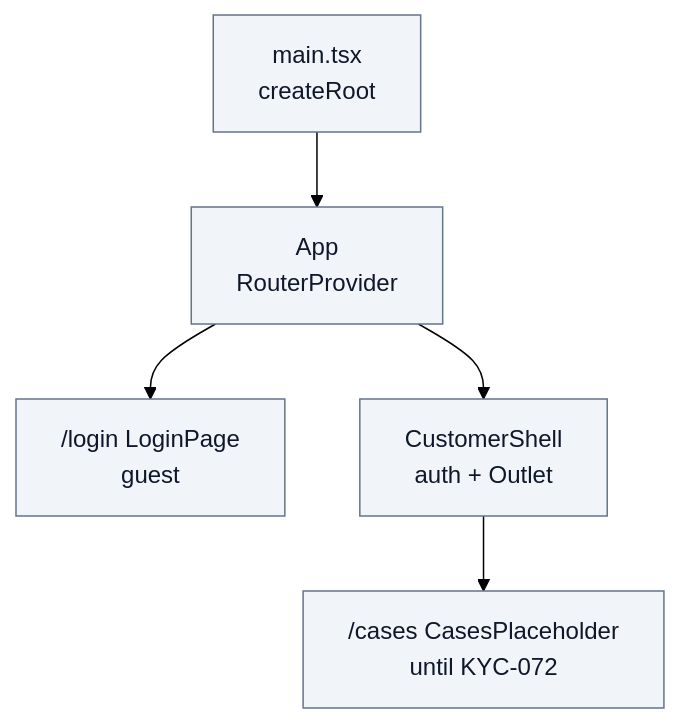
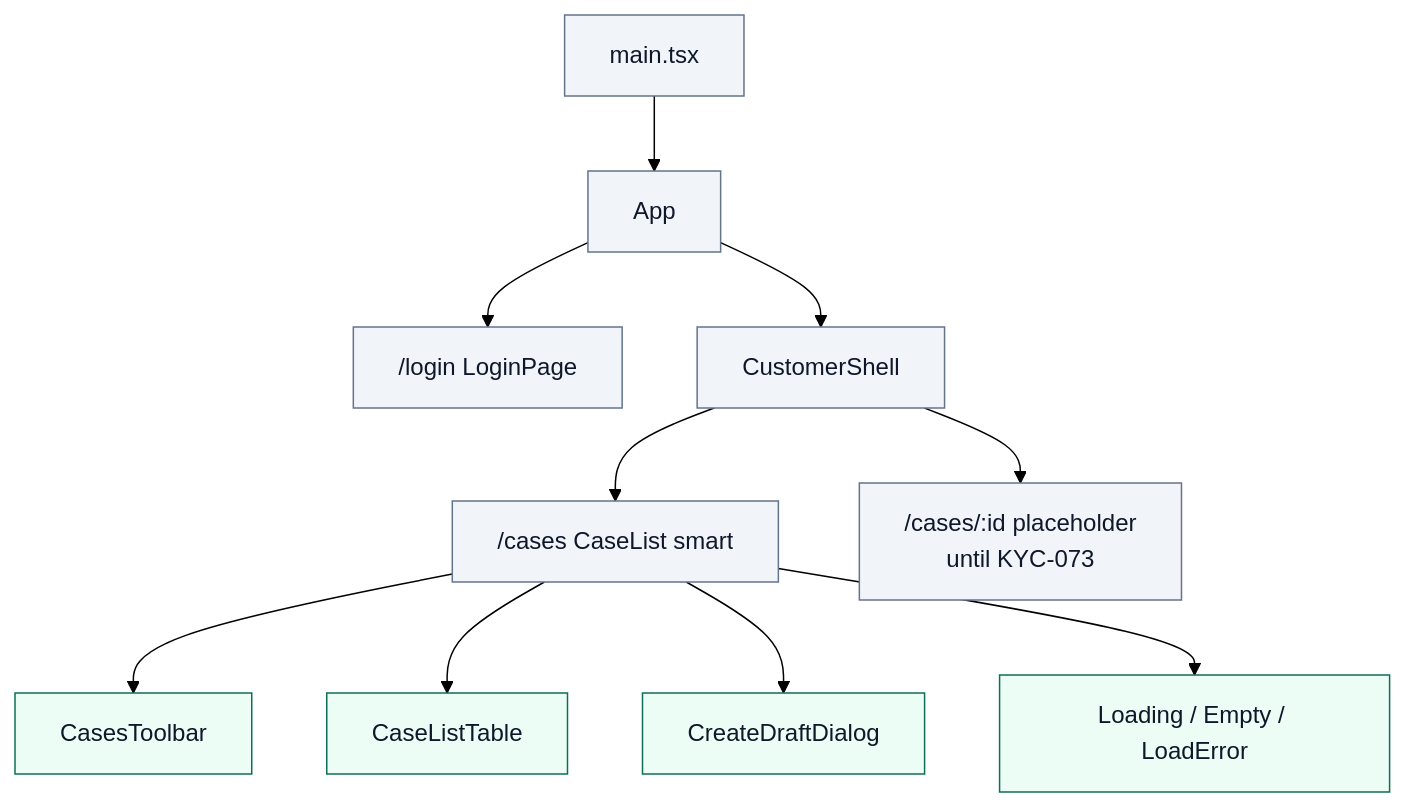
Before and after one commit to SDS37/kyc-multi-frontend: the second of 2 diagrams in docs/frontend-code-standards.md, drawn with Mermaid (forest theme). The commit also changed other lines of this file and 29 other files, not shown here.

First line of the commit message:
feat(react): KYC-072 my cases list and create draft (#101)

````diff
--- a/docs/frontend-code-standards.md
+++ b/docs/frontend-code-standards.md
@@ -441,11 +441,17 @@
 ```mermaid
 flowchart TB
-  Main["main.tsx<br/>createRoot"] --> App["App<br/>RouterProvider"]
-  App --> Login["/login LoginPage<br/>guest"]
-  App --> Shell["CustomerShell<br/>auth + Outlet"]
-  Shell --> Cases["/cases CasesPlaceholder<br/>until KYC-072"]
+  Main["main.tsx"] --> App["App"]
+  App --> Login["/login LoginPage"]
+  App --> Shell["CustomerShell"]
+  Shell --> Cases["/cases CaseList smart"]
+  Shell --> Draft["/cases/:id placeholder<br/>until KYC-073"]
+  Cases --> Toolbar["CasesToolbar"]
+  Cases --> Table["CaseListTable"]
+  Cases --> Dialog["CreateDraftDialog"]
+  Cases --> Status["Loading / Empty / LoadError"]
 
   classDef now fill:#f1f5f9,stroke:#64748b,color:#0f172a
-  classDef next fill:#dbeafe,stroke:#2563eb,color:#0f172a
-  class Main,App,Login,Shell,Cases now
+  classDef leaf fill:#ecfdf5,stroke:#0f6e56,color:#0f172a
+  class Main,App,Login,Shell,Cases,Draft now
+  class Toolbar,Table,Dialog,Status leaf
 ```
````
